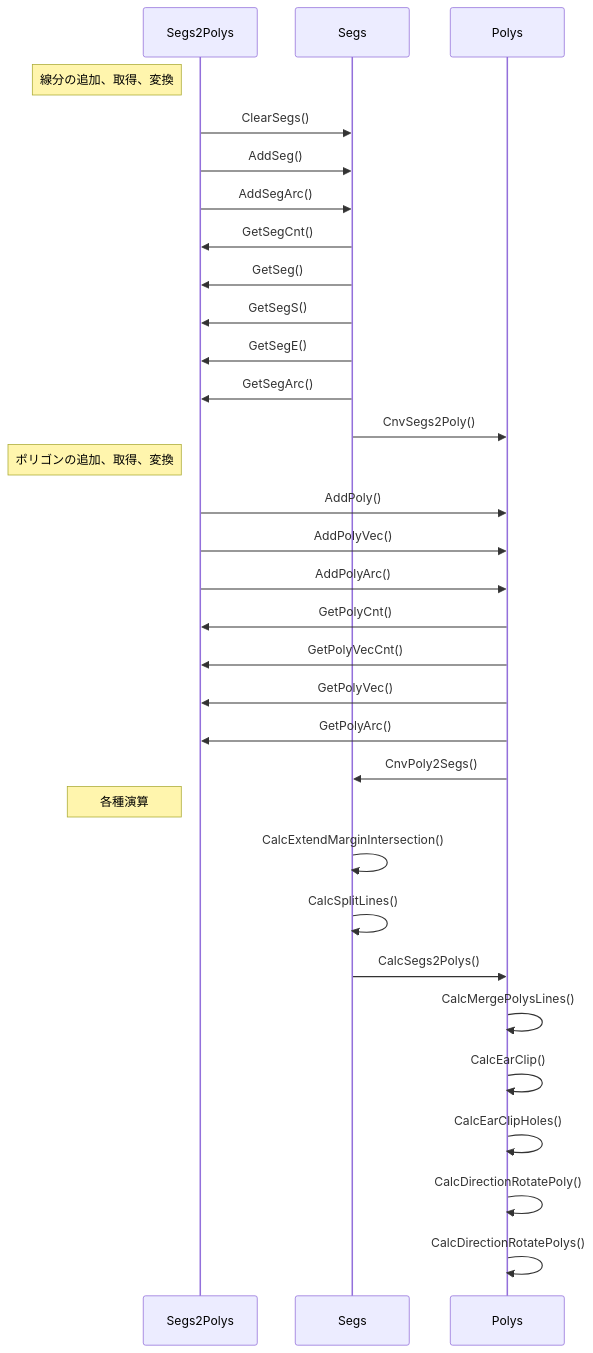
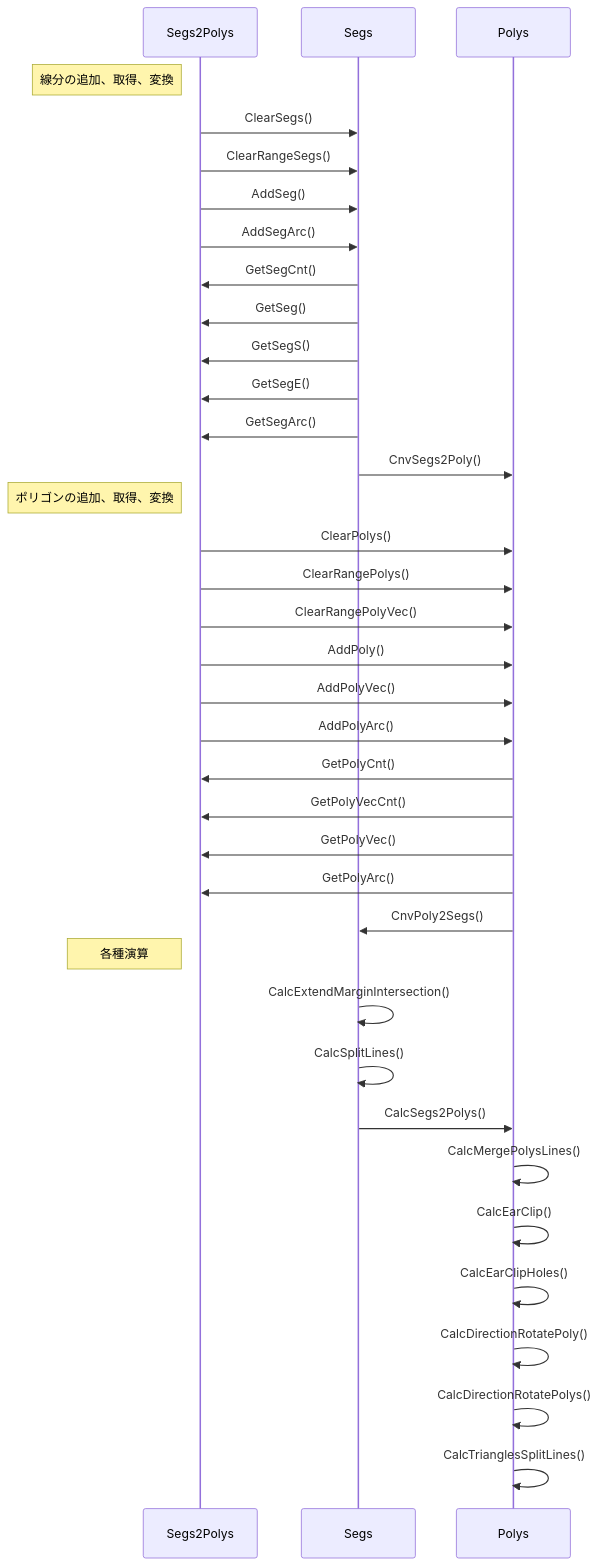
One commit to sr-kentiku/Segs2Polys changed the diagram in doc/dllのエクスポートされた関数の使い方.md. Above: the diagram before and after it, drawn with Mermaid. The commit also changed other lines of this file, not shown here.

````diff
--- a/doc/dllのエクスポートされた関数の使い方.md
+++ b/doc/dllのエクスポートされた関数の使い方.md
@@ -28,33 +28,38 @@
 ```mermaid
 sequenceDiagram
     Note left of Segs2Polys: 線分の追加、取得、変換
     Segs2Polys ->> Segs: ClearSegs()
+    Segs2Polys ->> Segs: ClearRangeSegs()
     Segs2Polys ->> Segs: AddSeg()
     Segs2Polys ->> Segs: AddSegArc()
     Segs ->> Segs2Polys: GetSegCnt()
     Segs ->> Segs2Polys: GetSeg()
     Segs ->> Segs2Polys: GetSegS()
     Segs ->> Segs2Polys: GetSegE()
     Segs ->> Segs2Polys: GetSegArc()
     Segs ->> Polys: CnvSegs2Poly()
 
     Note left of Segs2Polys: ポリゴンの追加、取得、変換
+    Segs2Polys ->> Polys: ClearPolys()
+    Segs2Polys ->> Polys: ClearRangePolys()
+    Segs2Polys ->> Polys: ClearRangePolyVec()
     Segs2Polys ->> Polys: AddPoly()
     Segs2Polys ->> Polys: AddPolyVec()
     Segs2Polys ->> Polys: AddPolyArc()
     Polys ->> Segs2Polys: GetPolyCnt()
     Polys ->> Segs2Polys: GetPolyVecCnt()
     Polys ->> Segs2Polys: GetPolyVec()
     Polys ->> Segs2Polys: GetPolyArc()
     Polys ->> Segs: CnvPoly2Segs()
 
     Note left of Segs2Polys: 各種演算
     Segs ->> Segs: CalcExtendMarginIntersection()
     Segs ->> Segs: CalcSplitLines()
     Segs ->> Polys: CalcSegs2Polys()
     Polys ->> Polys: CalcMergePolysLines()
     Polys ->> Polys: CalcEarClip()
     Polys ->> Polys: CalcEarClipHoles()
     Polys ->> Polys: CalcDirectionRotatePoly()
     Polys ->> Polys: CalcDirectionRotatePolys()
+    Polys ->> Polys: CalcTrianglesSplitLines()
 ```
````
